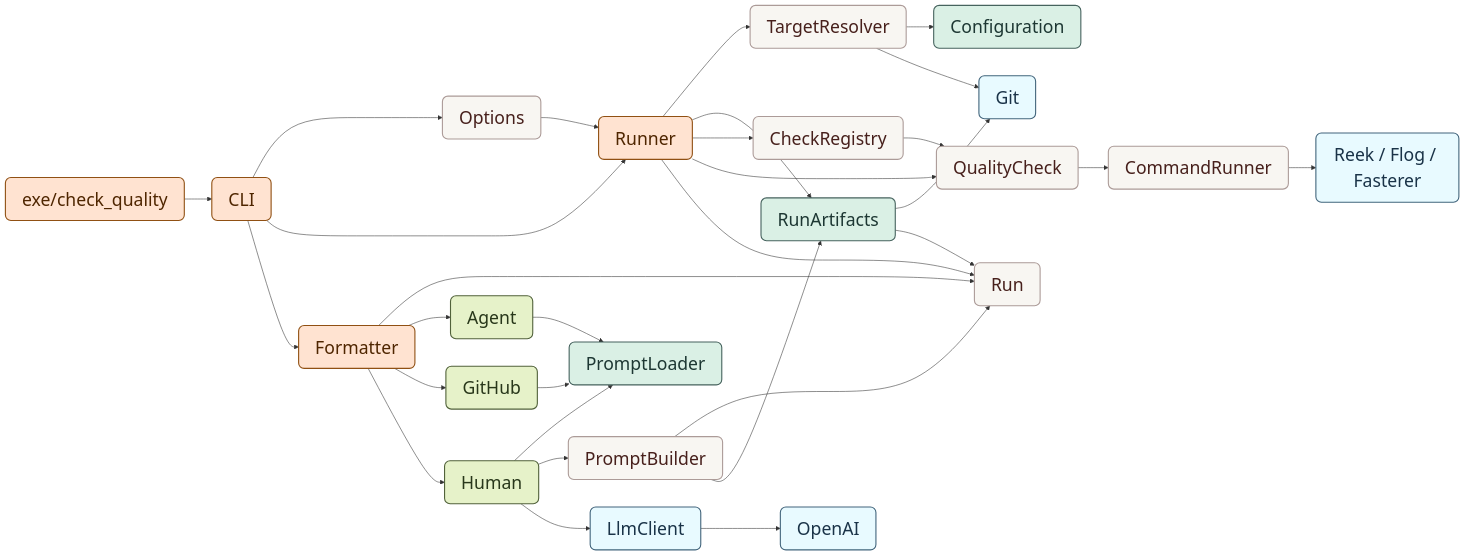
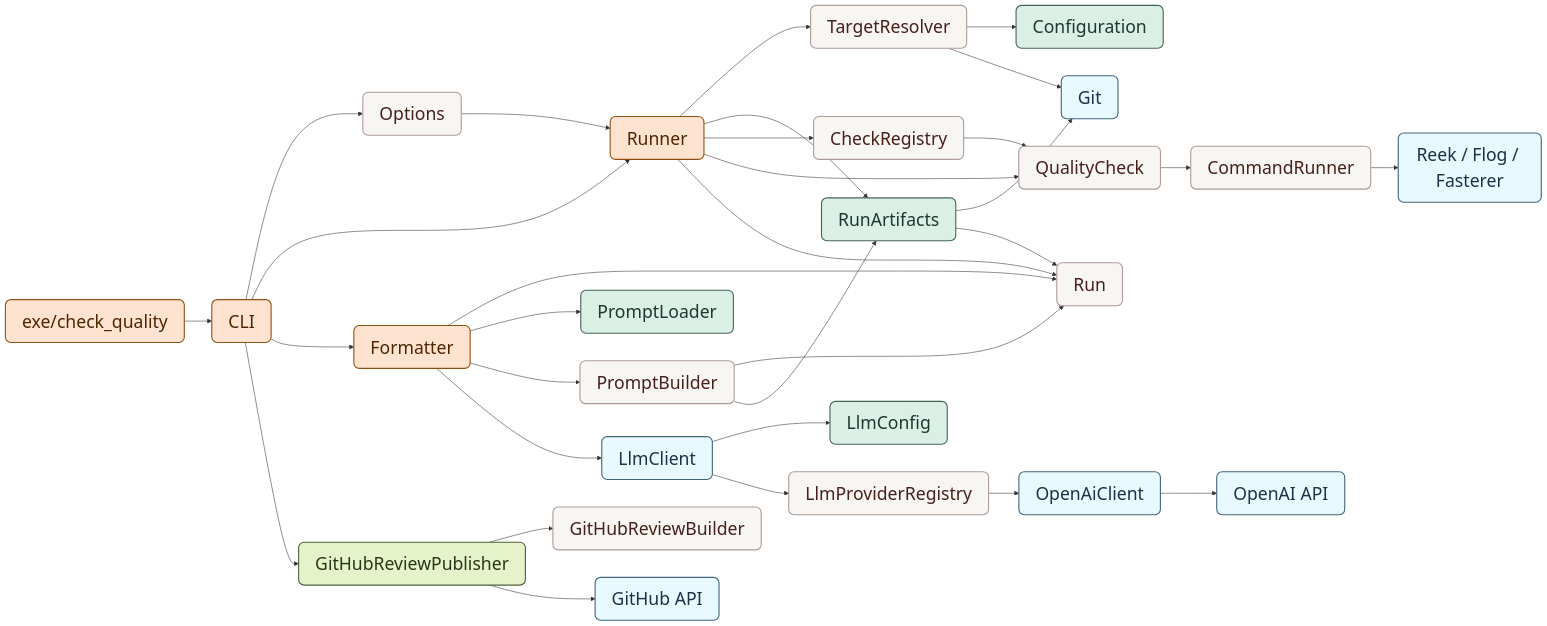
One commit to meetcleo/cleo-quality-review changed the diagram in README.md. Above: the diagram before and after it, drawn with Mermaid. The commit also changed other lines of this file, not shown here.

Commit message:
Update architecture diagram to match current code

````diff
--- a/README.md
+++ b/README.md
@@ -87,44 +87,45 @@
 ```mermaid
 %%{init: {"themeVariables": {"fontSize": "32px"}}}%%
 flowchart LR
     Executable["exe/check_quality"]:::accent --> CLI["CLI"]:::accent
     CLI --> Options["Options"]:::rounded
     CLI --> Runner["Runner"]:::accent
     CLI --> Formatter["Formatter"]:::accent
+    CLI --> GitHubReviewPublisher["GitHubReviewPublisher"]:::positive
     Options --> Runner
 
     Runner --> TargetResolver["TargetResolver"]:::rounded
     TargetResolver --> Configuration["Configuration"]:::neutral
     TargetResolver --> Git["Git"]:::info
     Runner --> RunArtifacts["RunArtifacts"]:::neutral
     RunArtifacts --> Git
 
     Runner --> CheckRegistry["CheckRegistry"]:::rounded
     CheckRegistry --> QualityCheck["QualityCheck"]:::rounded
     Runner --> QualityCheck
     QualityCheck --> CommandRunner["CommandRunner"]:::rounded
     CommandRunner --> Tools["Reek / Flog / Fasterer"]:::info
 
     RunArtifacts --> Run["Run"]:::rounded
     Runner --> Run
 
     Formatter --> Run
-    Formatter --> Agent["Agent"]:::positive
-    Formatter --> GitHub["GitHub"]:::positive
-    Formatter --> Human["Human"]:::positive
-
-    Agent --> PromptLoader["PromptLoader"]:::neutral
-    GitHub --> PromptLoader
-    Human --> PromptLoader
-    Human --> PromptBuilder["PromptBuilder"]:::rounded
+    Formatter --> PromptLoader["PromptLoader"]:::neutral
+    Formatter --> PromptBuilder["PromptBuilder"]:::rounded
     PromptBuilder --> Run
     PromptBuilder --> RunArtifacts
-    Human --> LlmClient["LlmClient"]:::info
-    LlmClient --> OpenAI["OpenAI"]:::info
+    Formatter --> LlmClient["LlmClient"]:::info
+    LlmClient --> LlmConfig["LlmConfig"]:::neutral
+    LlmClient --> LlmProviderRegistry["LlmProviderRegistry"]:::rounded
+    LlmProviderRegistry --> OpenAiClient["OpenAiClient"]:::info
+    OpenAiClient --> OpenAI["OpenAI API"]:::info
+
+    GitHubReviewPublisher --> GitHubReviewBuilder["GitHubReviewBuilder"]:::rounded
+    GitHubReviewPublisher --> GitHubAPI["GitHub API"]:::info
 
     classDef rounded fill:#F8F6F2,stroke:#AC9B98,stroke-width:2px,color:#47201C,rx:10,ry:10
     classDef positive fill:#E6F2C9,stroke:#51623A,stroke-width:2px,color:#28371A,rx:10,ry:10
     classDef info fill:#E8FAFF,stroke:#42657C,stroke-width:2px,color:#1A3348,rx:10,ry:10
     classDef accent fill:#FFE3D1,stroke:#905013,stroke-width:2px,color:#4F2600,rx:10,ry:10
     classDef neutral fill:#DAF0E5,stroke:#46635E,stroke-width:2px,color:#1D3733,rx:10,ry:10
 ```
````
